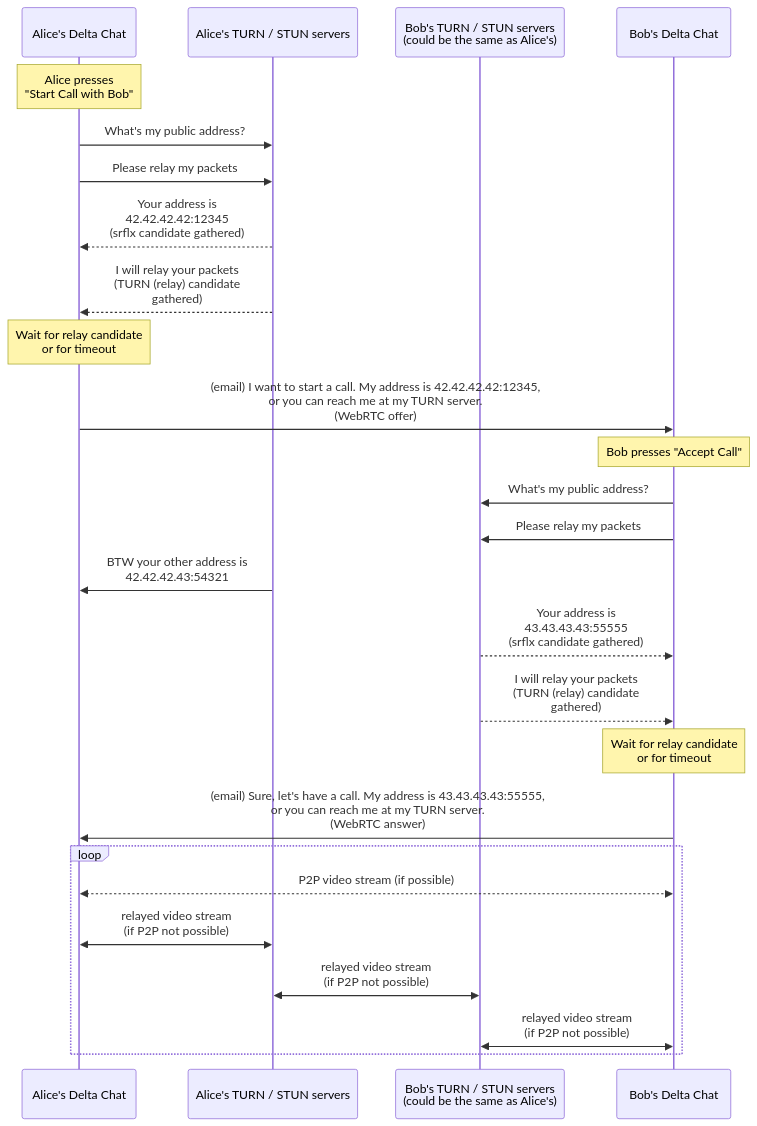
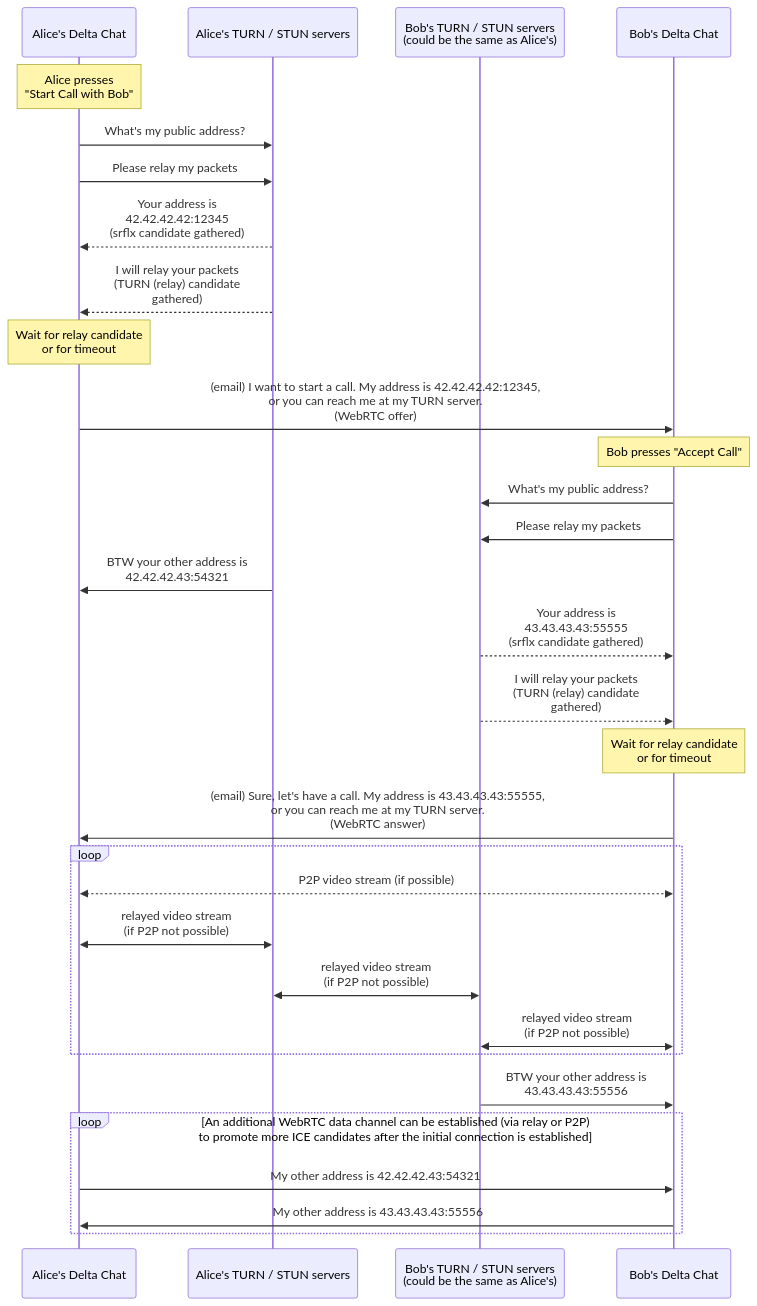
Before and after one commit to deltachat/calls-webapp: the diagram in README.md, drawn with Mermaid. The commit also changed other lines of this file, not shown here.

Commit message:
docs: add ICE triclking data channel

````diff
--- a/README.md
+++ b/README.md
@@ -11,31 +11,38 @@
 ```mermaid
 sequenceDiagram
     participant Alice as Alice's Delta Chat
     participant ATURN as Alice's TURN / STUN servers
     participant BTURN as Bob's TURN / STUN servers<br> (could be the same as Alice's)
     participant Bob as Bob's Delta Chat
 
     Note over Alice: Alice presses<br>"Start Call with Bob"
     Alice ->> ATURN: What's my public address?
     Alice ->> ATURN: Please relay my packets
     ATURN -->> Alice: Your address is<br>42.42.42.42:12345<br>(srflx candidate gathered)
     ATURN -->> Alice: I will relay your packets<br>(TURN (relay) candidate<br>gathered)
     Note over Alice: Wait for relay candidate<br>or for timeout
     Alice ->> Bob: (email) I want to start a call. My address is 42.42.42.42:12345,<br>or you can reach me at my TURN server.<br>(WebRTC offer)
 
     Note over Bob: Bob presses "Accept Call"
     Bob ->> BTURN: What's my public address?
     Bob ->> BTURN: Please relay my packets
     ATURN ->> Alice: BTW your other address is<br>42.42.42.43:54321
     BTURN -->> Bob: Your address is<br>43.43.43.43:55555<br>(srflx candidate gathered)
     BTURN -->> Bob: I will relay your packets<br>(TURN (relay) candidate<br>gathered)
     Note over Bob: Wait for relay candidate<br>or for timeout
     Bob ->> Alice: (email) Sure, let's have a call. My address is 43.43.43.43:55555,<br>or you can reach me at my TURN server.<br>(WebRTC answer)
 
     loop
         Alice <<-->> Bob: P2P video stream (if possible)
         Alice <<->> ATURN: relayed video stream<br>(if P2P not possible)
         ATURN <<->> BTURN: relayed video stream<br>(if P2P not possible)
         BTURN <<->> Bob: relayed video stream<br>(if P2P not possible)
     end
+
+    BTURN ->> Bob: BTW your other address is<br>43.43.43.43:55556
+
+    loop An additional WebRTC data channel can be established (via relay or P2P)<br>to promote more ICE candidates after the initial connection is established
+        Alice ->> Bob: My other address is 42.42.42.43:54321
+        Bob ->> Alice: My other address is 43.43.43.43:55556
+    end
 ```
````
